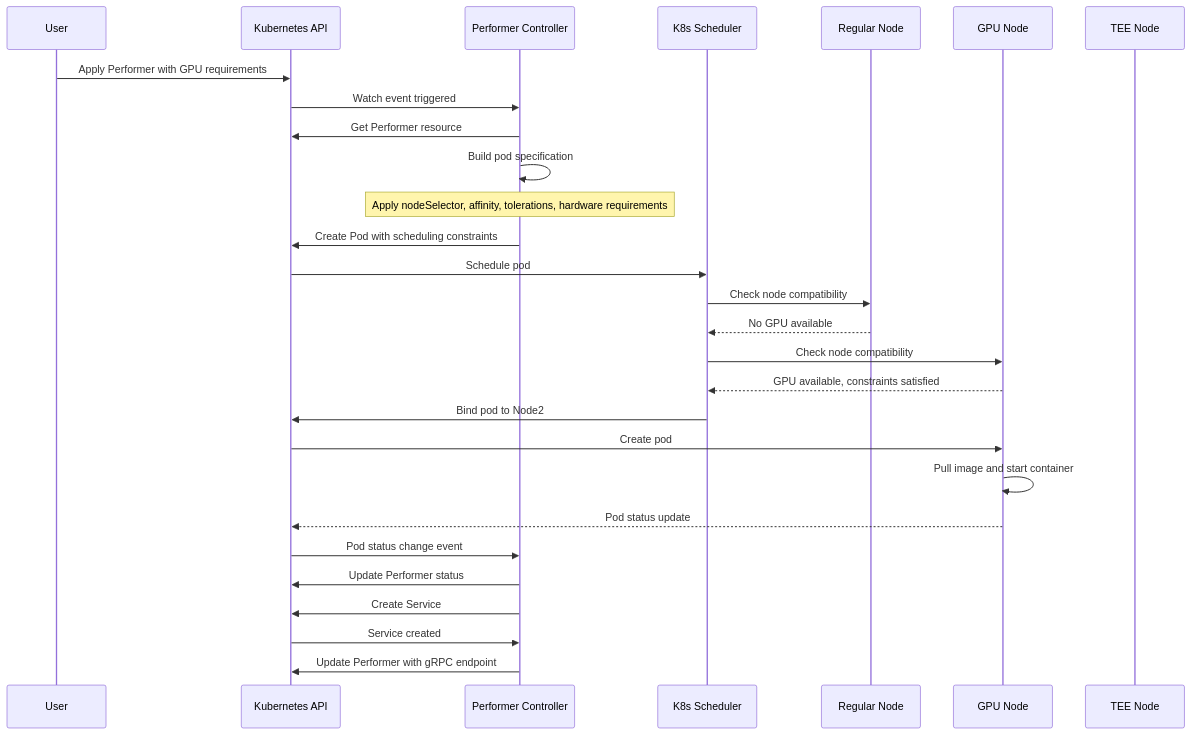
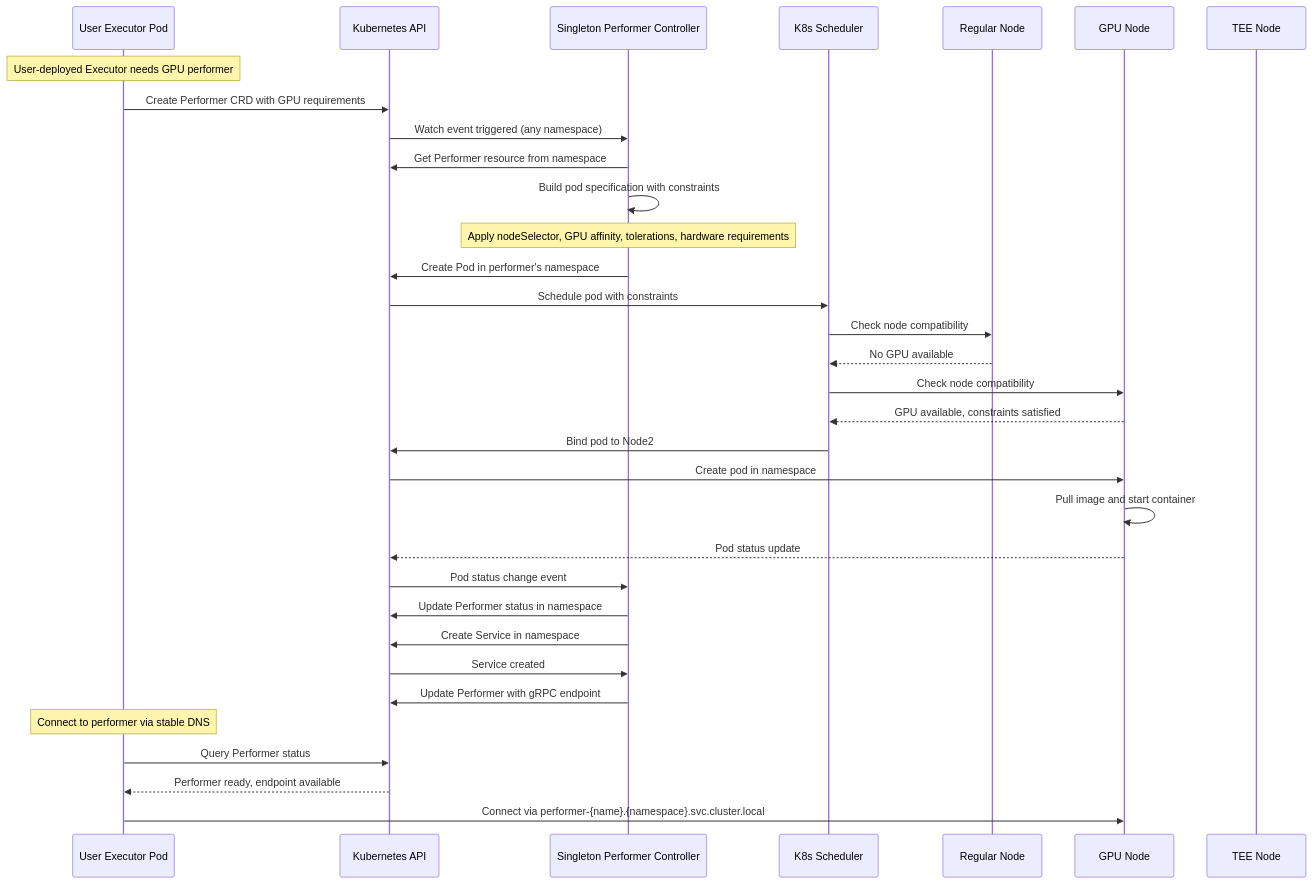
Before and after one commit to Layr-Labs/hourglass-monorepo: the fifth of 10 diagrams in hourglass-operator/docs/operator/process-flows.md, drawn with Mermaid. The commit also changed other lines of this file and 4 other files, not shown here.

Commit message:
refactored and updated architecture

````diff
--- a/hourglass-operator/docs/operator/process-flows.md
+++ b/hourglass-operator/docs/operator/process-flows.md
@@ -184,38 +221,44 @@
 ```mermaid
 sequenceDiagram
-    participant User
+    participant Executor as User Executor Pod
     participant API as Kubernetes API
-    participant Controller as Performer Controller
+    participant Controller as Singleton Performer Controller
     participant Scheduler as K8s Scheduler
     participant Node1 as Regular Node
     participant Node2 as GPU Node
     participant Node3 as TEE Node
     
-    User->>API: Apply Performer with GPU requirements
-    API->>Controller: Watch event triggered
-    Controller->>API: Get Performer resource
-    Controller->>Controller: Build pod specification
+    Note over Executor: User-deployed Executor needs GPU performer
+    Executor->>API: Create Performer CRD with GPU requirements
+    API->>Controller: Watch event triggered (any namespace)
+    Controller->>API: Get Performer resource from namespace
+    Controller->>Controller: Build pod specification with constraints
     
-    Note over Controller: Apply nodeSelector, affinity, tolerations, hardware requirements
+    Note over Controller: Apply nodeSelector, GPU affinity, tolerations, hardware requirements
     
-    Controller->>API: Create Pod with scheduling constraints
-    API->>Scheduler: Schedule pod
+    Controller->>API: Create Pod in performer's namespace
+    API->>Scheduler: Schedule pod with constraints
     
     Scheduler->>Node1: Check node compatibility
     Node1-->>Scheduler: No GPU available
     
-    Scheduler->>Node2: Check node compatibility
+    Scheduler->>Node2: Check node compatibility  
     Node2-->>Scheduler: GPU available, constraints satisfied
     
     Scheduler->>API: Bind pod to Node2
-    API->>Node2: Create pod
+    API->>Node2: Create pod in namespace
     Node2->>Node2: Pull image and start container
     
     Node2-->>API: Pod status update
     API->>Controller: Pod status change event
-    Controller->>API: Update Performer status
+    Controller->>API: Update Performer status in namespace
     
-    Controller->>API: Create Service
+    Controller->>API: Create Service in namespace
     API->>Controller: Service created
     Controller->>API: Update Performer with gRPC endpoint
+    
+    Note over Executor: Connect to performer via stable DNS
+    Executor->>API: Query Performer status
+    API-->>Executor: Performer ready, endpoint available
+    Executor->>Node2: Connect via performer-{name}.{namespace}.svc.cluster.local
 ```
````
